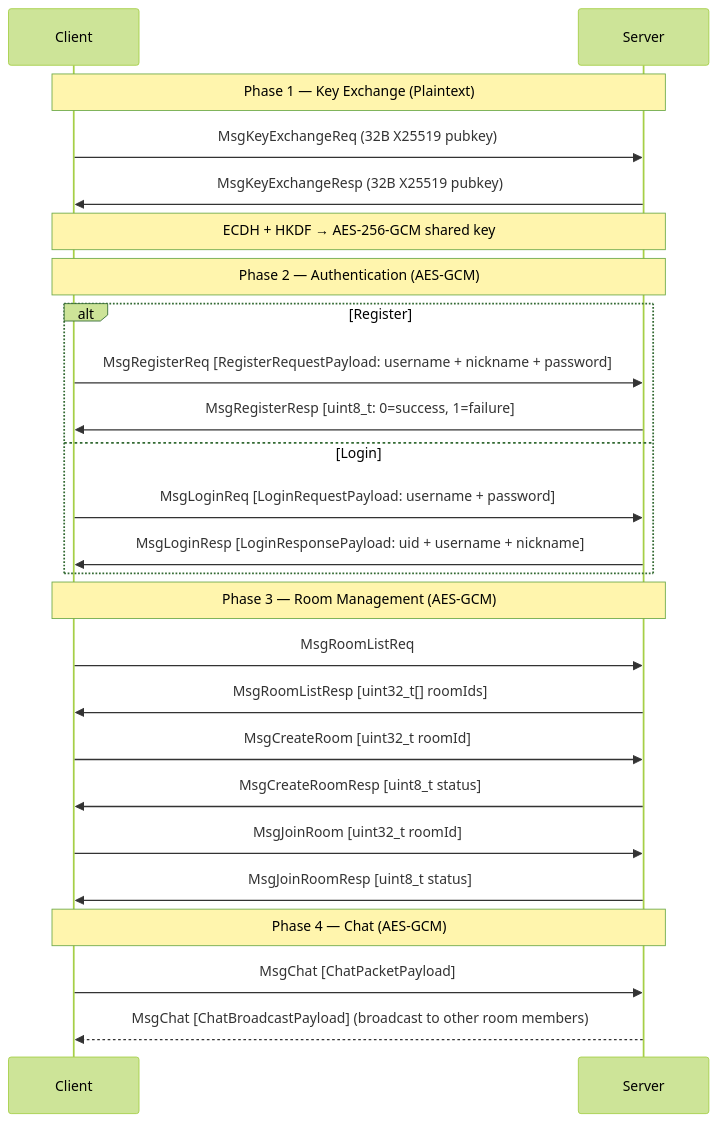
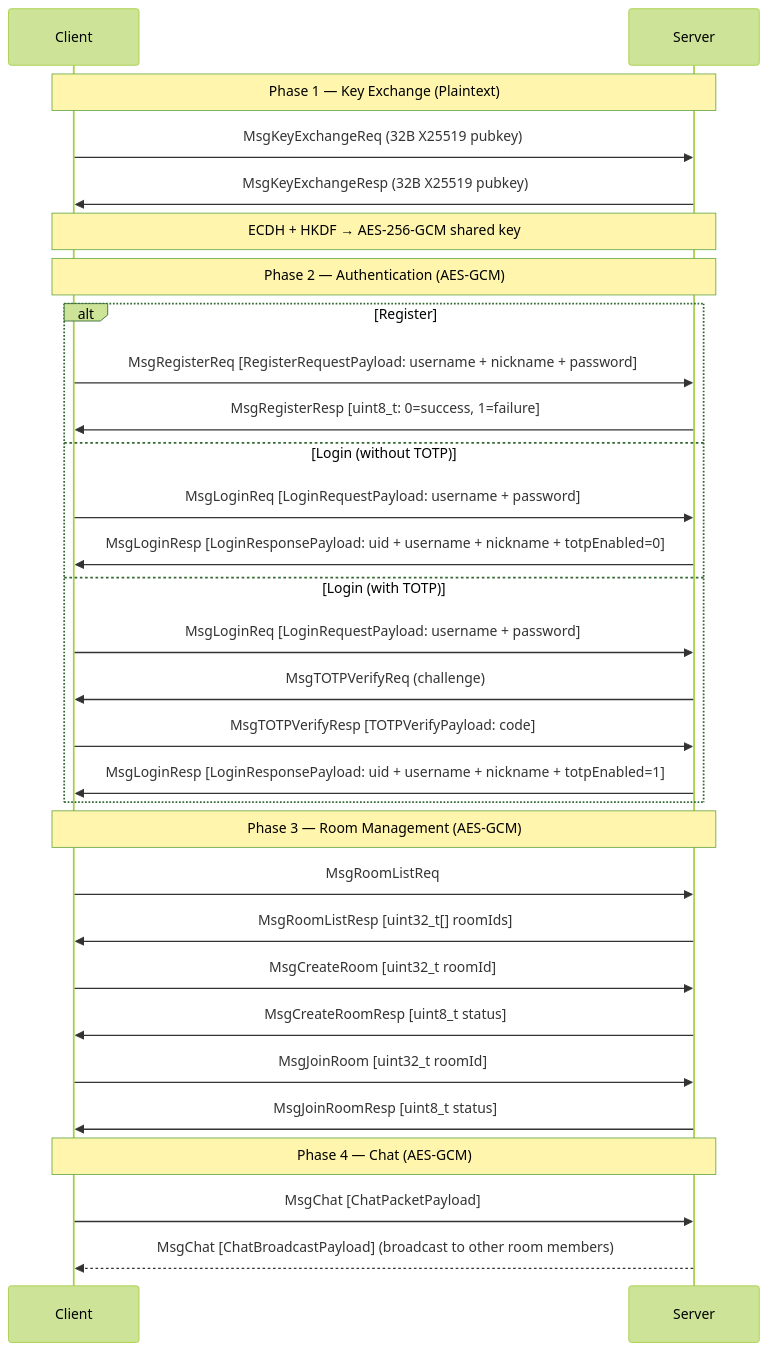
Before and after one commit to WinstonMeursault/PacPlay: the first of 5 diagrams in docs/API.md, drawn with Mermaid (forest theme). The commit also changed other lines of this file and 17 other files, not shown here.

````diff
--- a/docs/API.md
+++ b/docs/API.md
@@ -379,31 +499,36 @@
 ```mermaid
 sequenceDiagram
     participant C as Client
     participant S as Server
 
     Note over C,S: Phase 1 — Key Exchange (Plaintext)
     C->>S: MsgKeyExchangeReq (32B X25519 pubkey)
     S->>C: MsgKeyExchangeResp (32B X25519 pubkey)
     Note over C,S: ECDH + HKDF → AES-256-GCM shared key
 
     Note over C,S: Phase 2 — Authentication (AES-GCM)
     alt Register
         C->>S: MsgRegisterReq [RegisterRequestPayload: username + nickname + password]
         S->>C: MsgRegisterResp [uint8_t: 0=success, 1=failure]
-    else Login
+    else Login (without TOTP)
         C->>S: MsgLoginReq [LoginRequestPayload: username + password]
-        S->>C: MsgLoginResp [LoginResponsePayload: uid + username + nickname]
+        S->>C: MsgLoginResp [LoginResponsePayload: uid + username + nickname + totpEnabled=0]
+    else Login (with TOTP)
+        C->>S: MsgLoginReq [LoginRequestPayload: username + password]
+        S->>C: MsgTOTPVerifyReq (challenge)
+        C->>S: MsgTOTPVerifyResp [TOTPVerifyPayload: code]
+        S->>C: MsgLoginResp [LoginResponsePayload: uid + username + nickname + totpEnabled=1]
     end
 
     Note over C,S: Phase 3 — Room Management (AES-GCM)
     C->>S: MsgRoomListReq
     S->>C: MsgRoomListResp [uint32_t[] roomIds]
     C->>S: MsgCreateRoom [uint32_t roomId]
     S->>C: MsgCreateRoomResp [uint8_t status]
     C->>S: MsgJoinRoom [uint32_t roomId]
     S->>C: MsgJoinRoomResp [uint8_t status]
 
     Note over C,S: Phase 4 — Chat (AES-GCM)
     C->>S: MsgChat [ChatPacketPayload]
     S-->>C: MsgChat [ChatBroadcastPayload] (broadcast to other room members)
 ```
````
